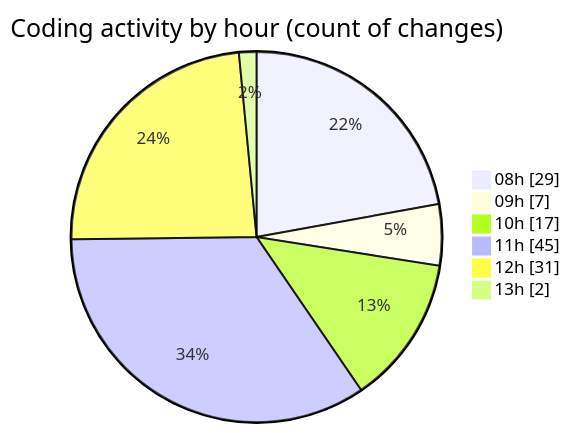
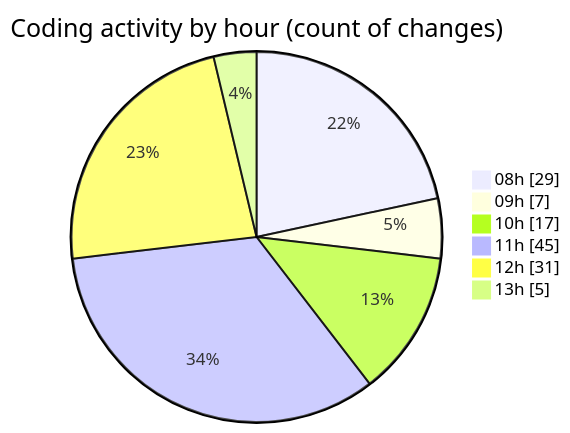
One commit to momahboobian/code-tracking changed the second of 2 diagrams in 2025-04-09/cda/README.md. Above: the diagram before and after it, drawn with Mermaid. The commit also changed other lines of this file and 1 other file, not shown here.

````diff
--- a/2025-04-09/cda/README.md
+++ b/2025-04-09/cda/README.md
@@ -54,10 +54,10 @@
 ```mermaid
 pie showData
 title Coding activity by hour (count of changes)
 "08h" : 29
 "09h" : 7
 "10h" : 17
 "11h" : 45
 "12h" : 31
-"13h" : 2
+"13h" : 5
 ```
````
